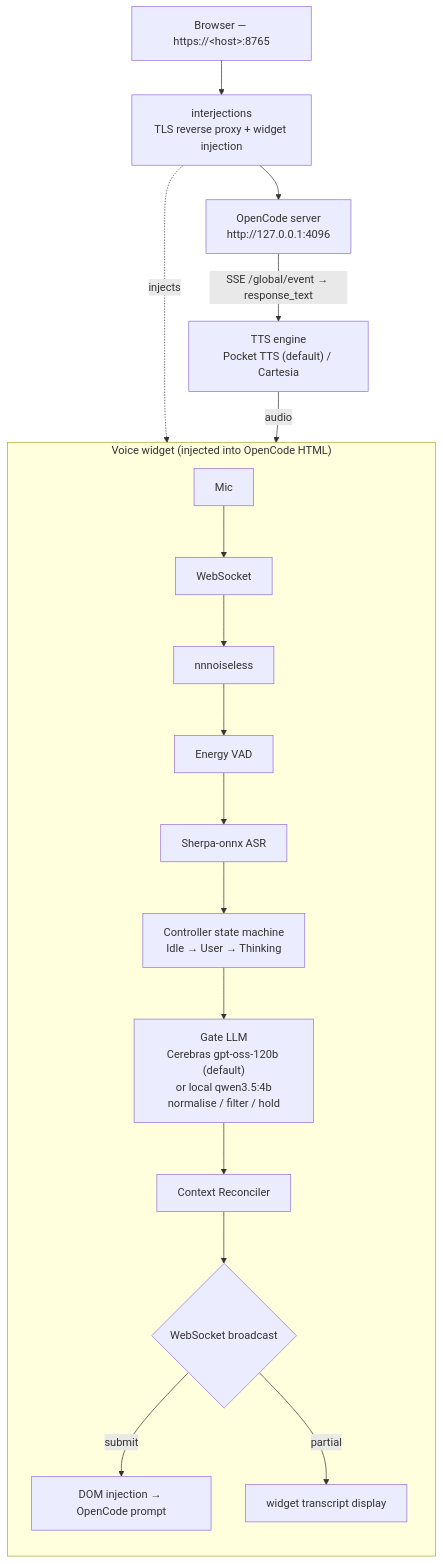
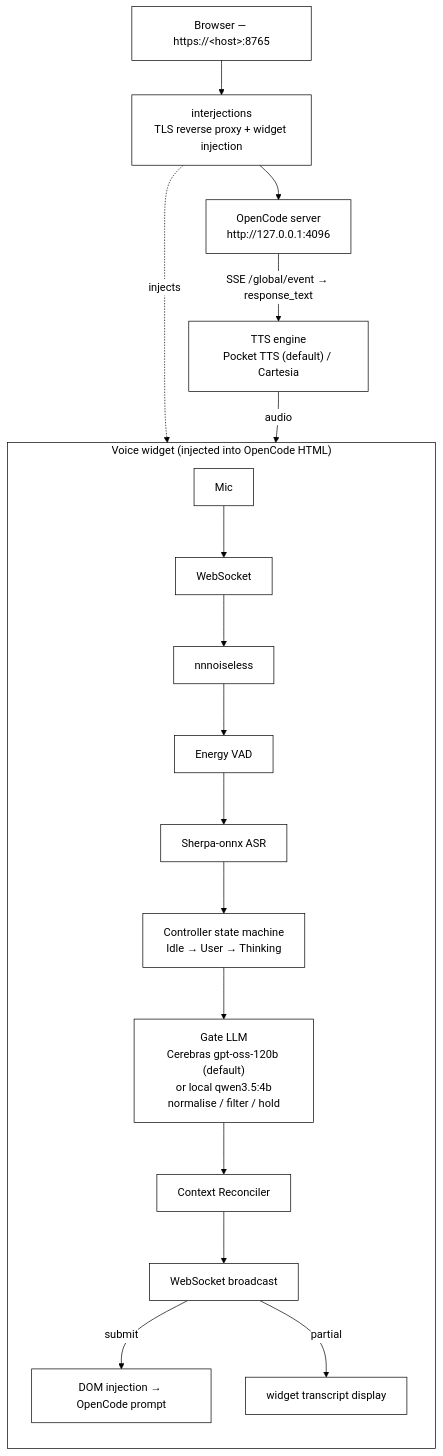
The diagram in README.md (1beb/interjections), drawn with Mermaid before and after one commit.

Commit message:
docs(readme): plain black & white mermaid diagram
Force white boxes / black borders, text, and lines via theme variables; drop
the colored default theme and the diamond shape for a simpler look.

````diff
--- a/README.md
+++ b/README.md
@@ -9,22 +9,23 @@
 ```mermaid
+%%{init: {'theme':'base','themeVariables':{'primaryColor':'#ffffff','primaryTextColor':'#000000','primaryBorderColor':'#000000','lineColor':'#000000','clusterBkg':'#ffffff','clusterBorder':'#000000'}}}%%
 flowchart TD
     Browser["Browser — https://&lt;host&gt;:8765"]
     Proxy["interjections<br/>TLS reverse proxy + widget injection"]
     OpenCode["OpenCode server<br/>http://127.0.0.1:4096"]
     Browser --> Proxy --> OpenCode
 
     subgraph Widget["Voice widget (injected into OpenCode HTML)"]
         direction TB
         Mic["Mic"] --> WS["WebSocket"] --> NS["nnnoiseless"] --> VAD["Energy VAD"] --> ASR["Sherpa-onnx ASR"]
         ASR --> Ctrl["Controller state machine<br/>Idle → User → Thinking"]
         Ctrl --> Gate["Gate LLM<br/>Cerebras gpt-oss-120b (default)<br/>or local qwen3.5:4b<br/>normalise / filter / hold"]
         Gate --> Recon["Context Reconciler"]
-        Recon --> Bcast{"WebSocket broadcast"}
+        Recon --> Bcast["WebSocket broadcast"]
         Bcast -->|submit| Inject["DOM injection → OpenCode prompt"]
         Bcast -->|partial| Disp["widget transcript display"]
     end
 
     Proxy -.injects.-> Widget
     OpenCode -->|"SSE /global/event → response_text"| TTS["TTS engine<br/>Pocket TTS (default) / Cartesia"]
     TTS -->|audio| Widget
 ```
````
